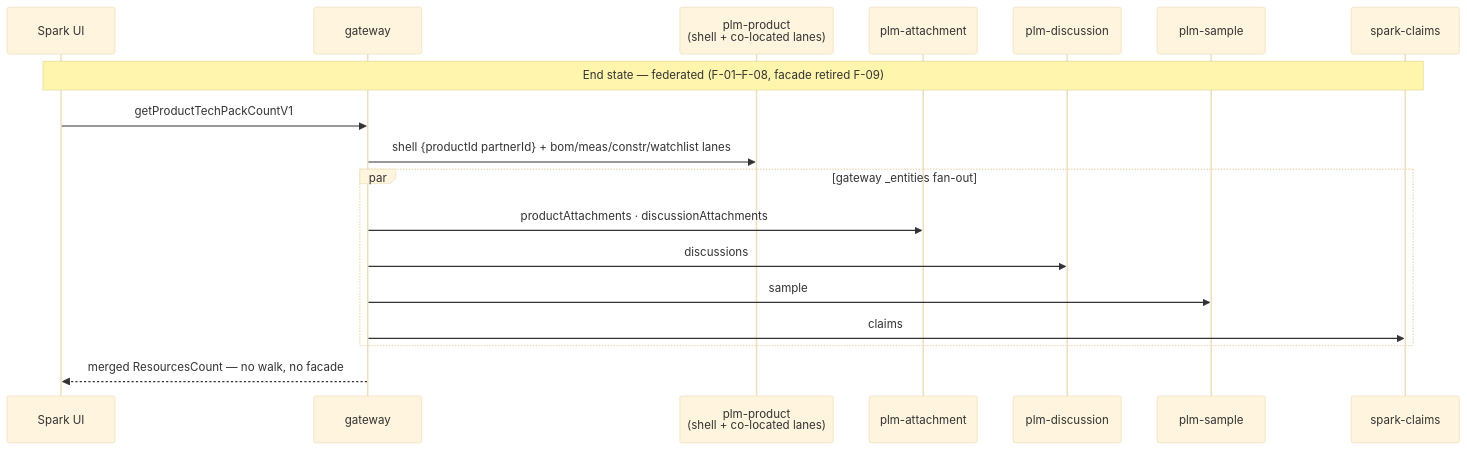
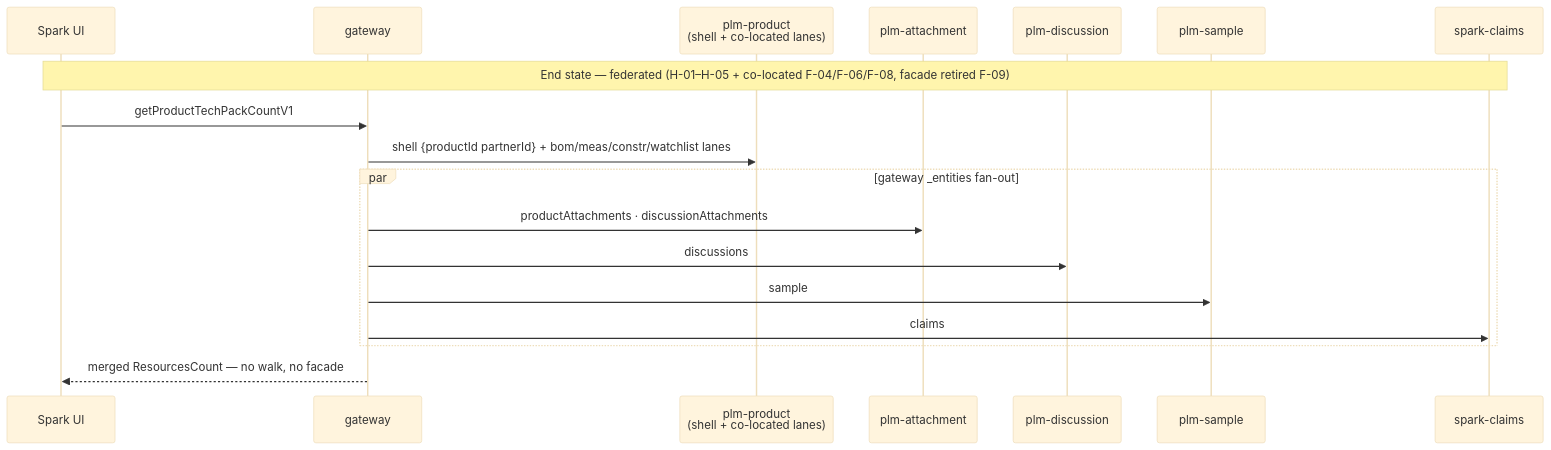
The second of 2 diagrams in output/complexStories/techpack/01-adr-techpack.md (SarithaMathai/migration), drawn with Mermaid (base theme) before and after one commit. The commit also changed other lines of this file and 39 other files, not shown here.

````diff
--- a/output/complexStories/techpack/01-adr-techpack.md
+++ b/output/complexStories/techpack/01-adr-techpack.md
@@ -219,21 +219,21 @@
 ```mermaid
 sequenceDiagram
     participant UI as Spark UI
     participant GW as gateway
     participant PP as plm-product<br/>(shell + co-located lanes)
     participant AT as plm-attachment
     participant DS as plm-discussion
     participant SM as plm-sample
     participant CL as spark-claims
 
-    Note over UI,CL: End state — federated (F-01–F-08, facade retired F-09)
+    Note over UI,CL: End state — federated (H-01–H-05 + co-located F-04/F-06/F-08, facade retired F-09)
     UI->>GW: getProductTechPackCountV1
     GW->>PP: shell {productId partnerId} + bom/meas/constr/watchlist lanes
     par gateway _entities fan-out
         GW->>AT: productAttachments · discussionAttachments
         GW->>DS: discussions
         GW->>SM: sample
         GW->>CL: claims
     end
     GW-->>UI: merged ResourcesCount — no walk, no facade
 ```
````
